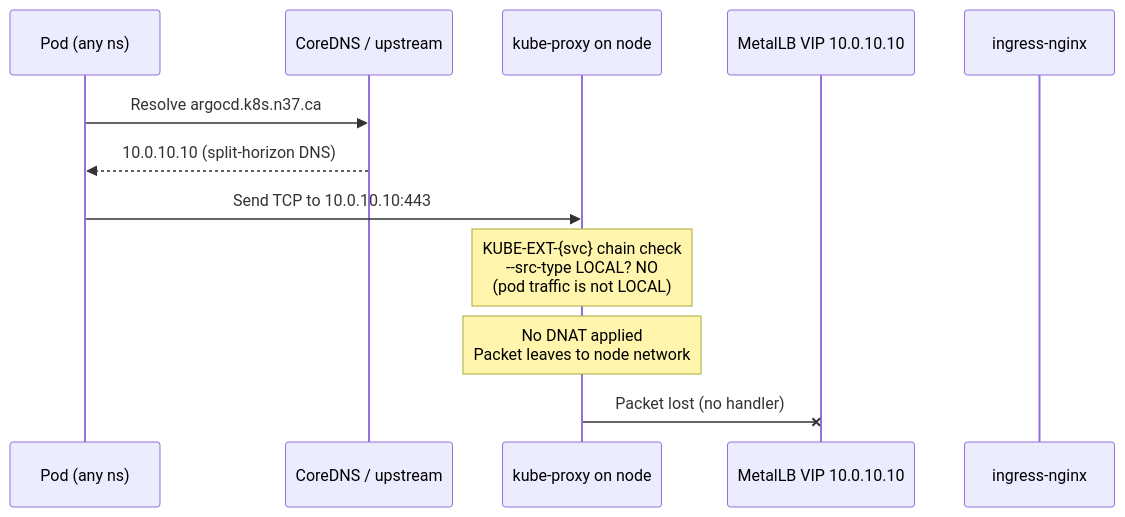
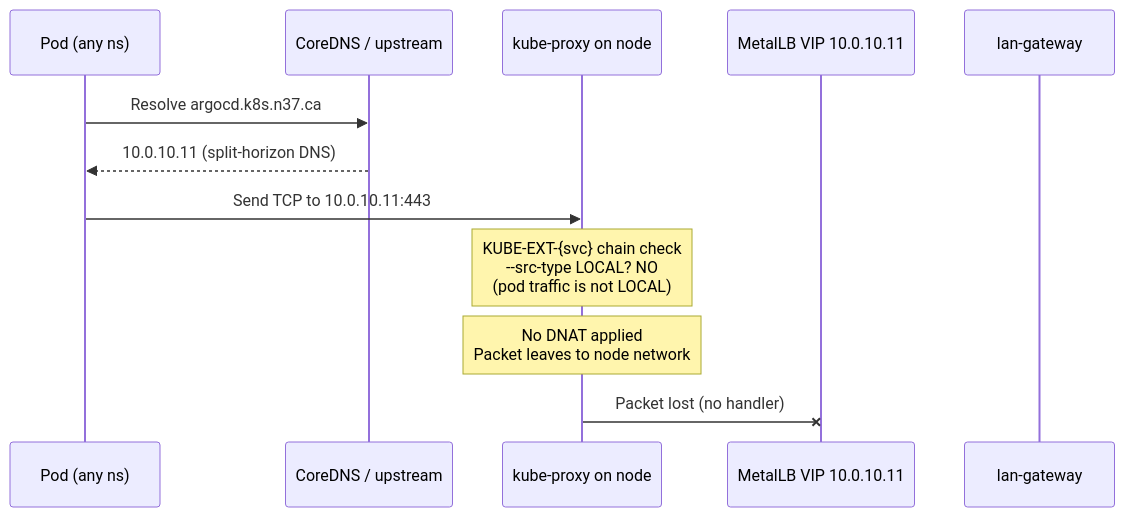
One commit to imcbeth/k8s-docs-n37 changed the fifth of 6 diagrams in docs/networking/cluster-topology.md. Above: the diagram before and after it, drawn with Mermaid. The commit also changed other lines of this file and 29 other files, not shown here.

First line of the commit message:
docs: LAN gateway (Istio) replaces ingress-nginx across the site (#136)

````diff
--- a/docs/networking/cluster-topology.md
+++ b/docs/networking/cluster-topology.md
@@ -125,16 +126,16 @@
 ```mermaid
 sequenceDiagram
     participant Pod as Pod (any ns)
     participant DNS as CoreDNS / upstream
     participant KP as kube-proxy on node
-    participant VIP as MetalLB VIP 10.0.10.10
-    participant I as ingress-nginx
+    participant VIP as MetalLB VIP 10.0.10.11
+    participant I as lan-gateway
 
     Pod->>DNS: Resolve argocd.k8s.n37.ca
-    DNS-->>Pod: 10.0.10.10 (split-horizon DNS)
-    Pod->>KP: Send TCP to 10.0.10.10:443
+    DNS-->>Pod: 10.0.10.11 (split-horizon DNS)
+    Pod->>KP: Send TCP to 10.0.10.11:443
 
     Note over KP: KUBE-EXT-{svc} chain check<br/>--src-type LOCAL? NO<br/>(pod traffic is not LOCAL)
     Note over KP: No DNAT applied<br/>Packet leaves to node network
     KP-xVIP: Packet lost (no handler)
 ```
````
